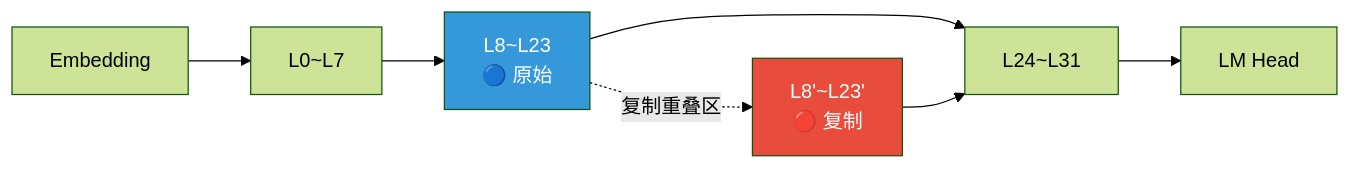
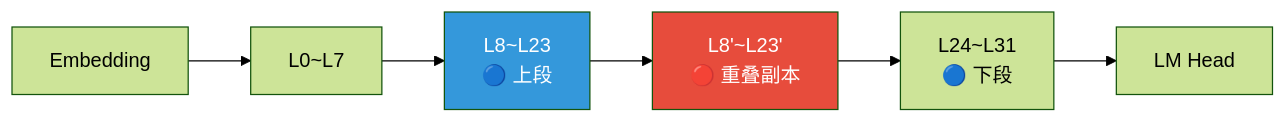
Before and after one commit to jianzhnie/PCL-Model-Kit: the second of 15 diagrams in docs/llm_param_expansion.md, drawn with Mermaid (forest theme). The commit also changed other lines of this file, not shown here.

````diff
--- a/docs/llm_param_expansion.md
+++ b/docs/llm_param_expansion.md
@@ -63,11 +63,10 @@
 ```mermaid
 graph LR
     E[Embedding] --> L0["L0~L7"]
-    L0 --> L1["L8~L23\n🔵 原始"]
-    L1 -.->|复制重叠区| L1c["L8'~L23'\n🔴 复制"]
-    L1 --> L2["L24~L31"]
-    L1c --> L2
+    L0 --> L1["L8~L23\n🔵 上段"]
+    L1 --> L1c["L8'~L23'\n🔴 重叠副本"]
+    L1c --> L2["L24~L31\n🔵 下段"]
     L2 --> H[LM Head]
     style L1 fill:#3498DB,color:#fff
     style L1c fill:#E74C3C,color:#fff
 ```
````
